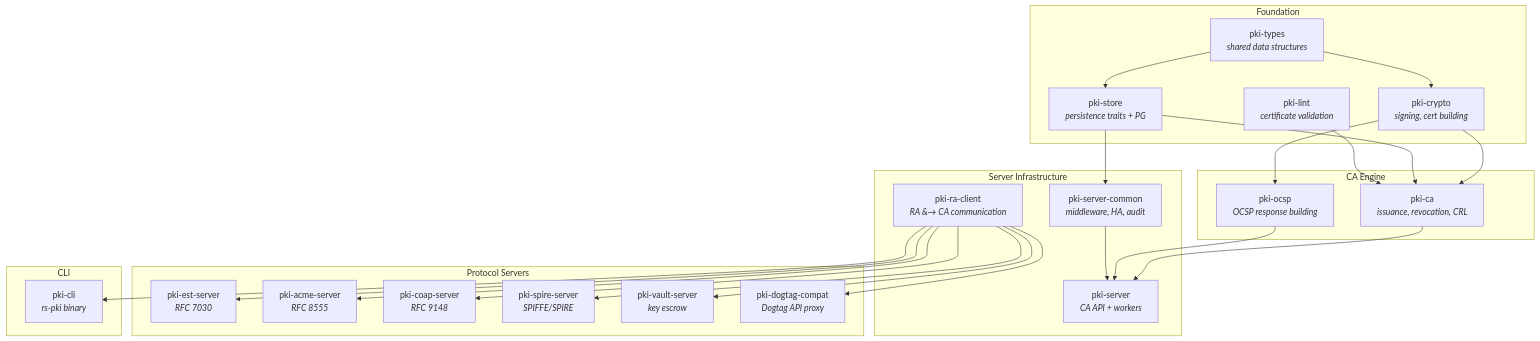
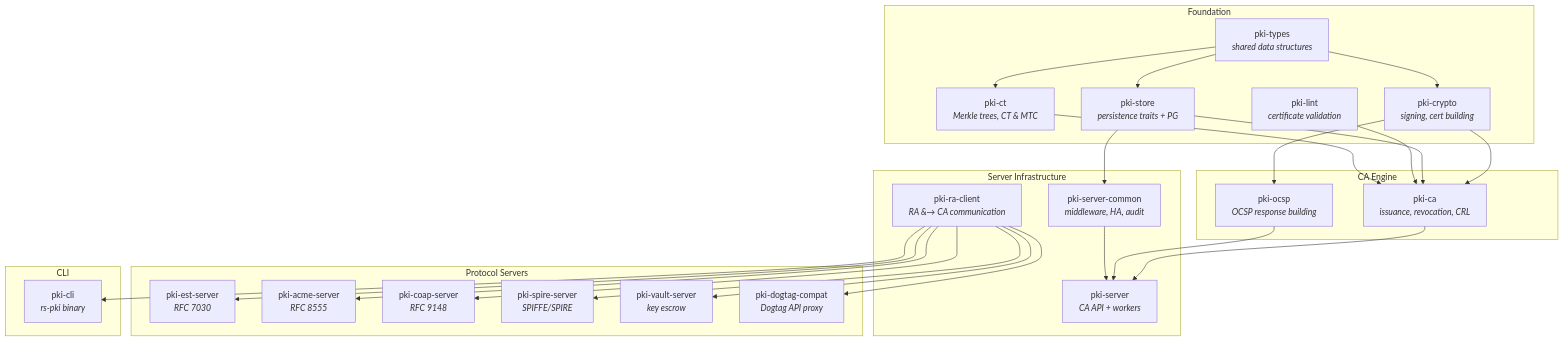
One commit to czinda/czinda-io changed the first of 3 diagrams in content/posts/pki-next-part1-building-ca-in-rust.md. Above: the diagram before and after it, drawn with Mermaid. The commit also changed other lines of this file and 4 other files, not shown here.

```diff
--- a/content/posts/pki-next-part1-building-ca-in-rust.md
+++ b/content/posts/pki-next-part1-building-ca-in-rust.md
@@ -40,51 +40,54 @@
 {{< mermaid >}}
 graph TD
     subgraph "Foundation"
         types["pki-types<br/><i>shared data structures</i>"]
         crypto["pki-crypto<br/><i>signing, cert building</i>"]
         store["pki-store<br/><i>persistence traits + PG</i>"]
         lint["pki-lint<br/><i>certificate validation</i>"]
+        ct["pki-ct<br/><i>Merkle trees, CT &amp; MTC</i>"]
     end
 
     subgraph "CA Engine"
         ca["pki-ca<br/><i>issuance, revocation, CRL</i>"]
         ocsp["pki-ocsp<br/><i>OCSP response building</i>"]
     end
 
     subgraph "Server Infrastructure"
         common["pki-server-common<br/><i>middleware, HA, audit</i>"]
         server["pki-server<br/><i>CA API + workers</i>"]
         ra["pki-ra-client<br/><i>RA &#8594; CA communication</i>"]
     end
 
     subgraph "Protocol Servers"
         est["pki-est-server<br/><i>RFC 7030</i>"]
         acme["pki-acme-server<br/><i>RFC 8555</i>"]
         coap["pki-coap-server<br/><i>RFC 9148</i>"]
         spire["pki-spire-server<br/><i>SPIFFE/SPIRE</i>"]
         vault["pki-vault-server<br/><i>key escrow</i>"]
         dogtag["pki-dogtag-compat<br/><i>Dogtag API proxy</i>"]
     end
 
     subgraph "CLI"
         cli["pki-cli<br/><i>rs-pki binary</i>"]
     end
 
     types --> crypto
     types --> store
+    types --> ct
     crypto --> ca
     store --> ca
     lint --> ca
+    ct --> ca
     crypto --> ocsp
     ca --> server
     ocsp --> server
     common --> server
     store --> common
     ra --> est
     ra --> acme
     ra --> coap
     ra --> spire
     ra --> vault
     ra --> dogtag
     ra --> cli
 {{< /mermaid >}}
```
